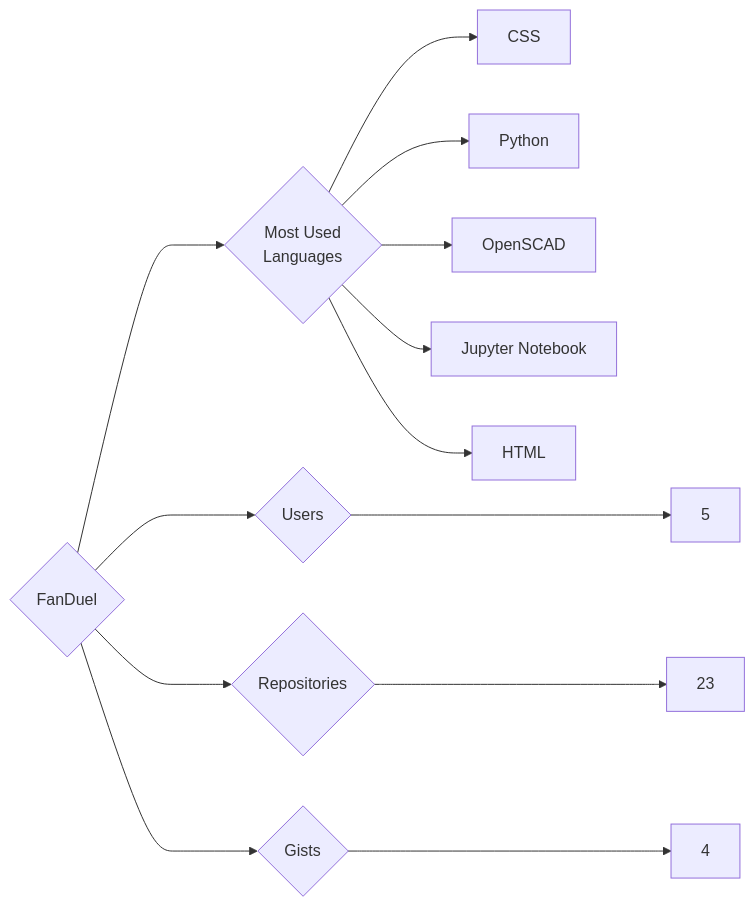
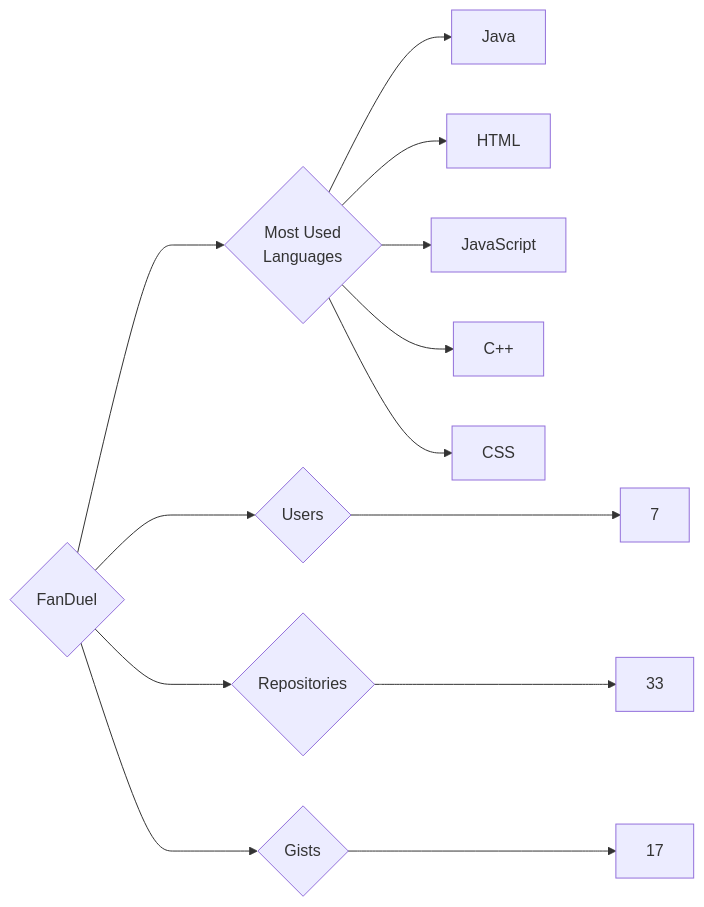
The diagram in targets/FanDuel/README.md (trickest/insiders), drawn with Mermaid before and after one commit. The commit also changed 997 other files, not shown here.

````diff
--- a/targets/FanDuel/README.md
+++ b/targets/FanDuel/README.md
@@ -3,13 +3,13 @@
 ```mermaid
 graph LR
 COMPANY_NAME{FanDuel}
-COMPANY_NAME ---> U{Users} ---> UN[5]
-COMPANY_NAME ---> R{Repositories} ---> RN[23]
-COMPANY_NAME ---> G{Gists} ---> GN[4]
+COMPANY_NAME ---> U{Users} ---> UN[7]
+COMPANY_NAME ---> R{Repositories} ---> RN[33]
+COMPANY_NAME ---> G{Gists} ---> GN[17]
 COMPANY_NAME ---> ML{Most Used<br>Languages}
+ML --> Java[Java]
+ML --> HTML[HTML]
+ML --> JavaScript[JavaScript]
+ML --> C++[C++]
 ML --> CSS[CSS]
-ML --> Python[Python]
-ML --> OpenSCAD[OpenSCAD]
-ML --> Jupyter_Notebook[Jupyter Notebook]
-ML --> HTML[HTML]
 ```
````
